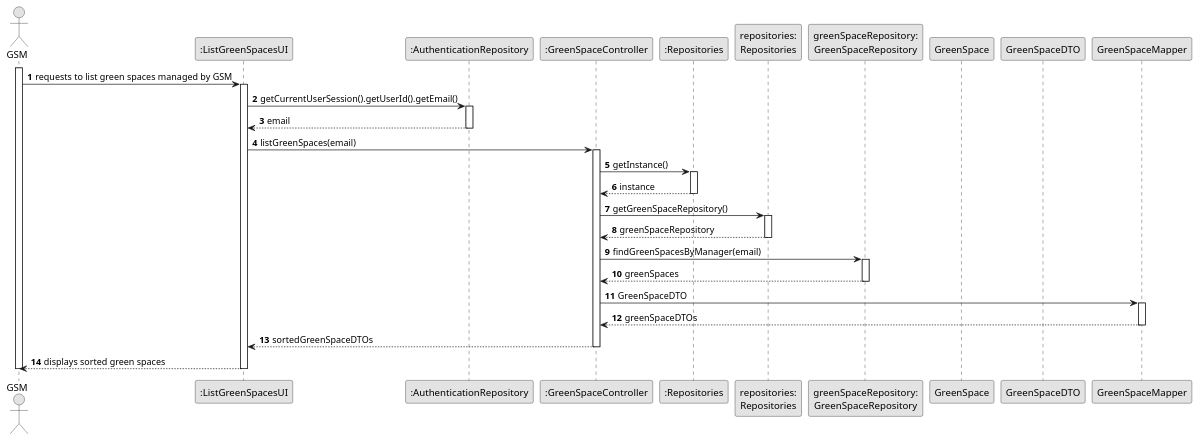
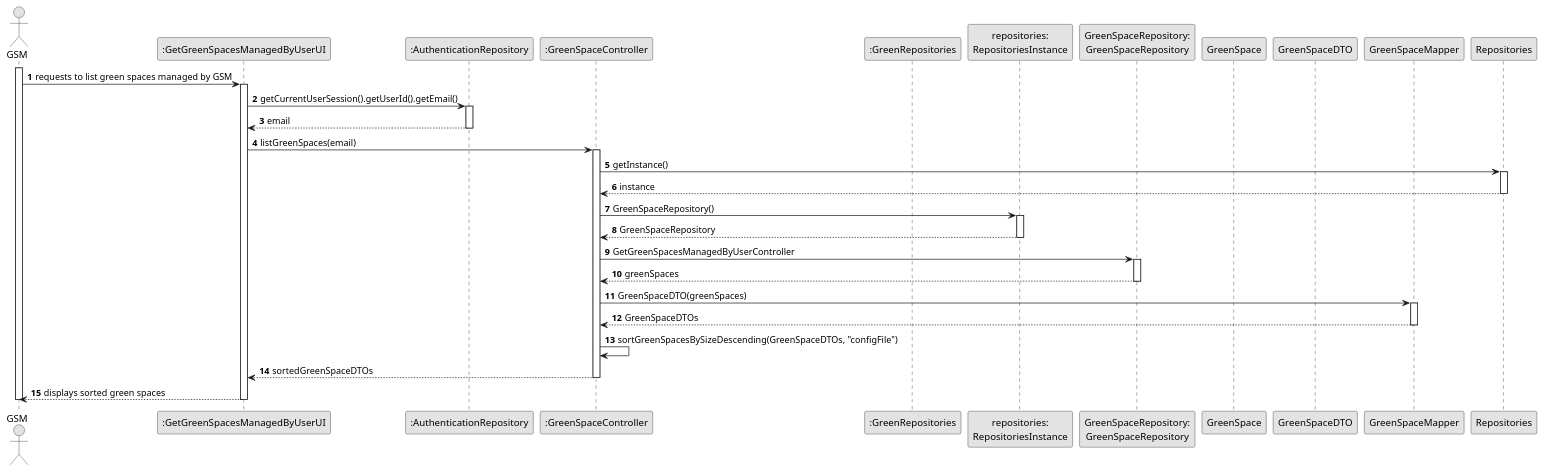
Before and after one commit to Departamento-de-Engenharia-Informatica/lei-24-s2-1dkl-g134: the diagram in docs/sprintC/us027/03.design/puml/us027-sequence-diagram-full.puml, drawn with PlantUML.

Commit message:
US027 Sequence Diagram Full Done

```diff
--- a/docs/sprintC/us027/03.design/puml/us027-sequence-diagram-full.puml
+++ b/docs/sprintC/us027/03.design/puml/us027-sequence-diagram-full.puml
@@ -1,61 +1,62 @@
 @startuml
 skinparam monochrome true
 skinparam packageStyle rectangle
 skinparam shadowing false
 
 autonumber
 
 actor "GSM" as GSM
-participant ":ListGreenSpacesUI" as UI
+participant ":GetGreenSpacesManagedByUserUI" as UI
 participant ":AuthenticationRepository" as AuthenticationRepository
 participant ":GreenSpaceController" as GreenSpaceController
-participant ":Repositories" as Repositories
-participant "repositories:\nRepositories" as RepositoriesInstance
-participant "greenSpaceRepository:\nGreenSpaceRepository" as GreenSpaceRepository
+participant ":GreenRepositories" as GreenSpaceRepositories
+participant "repositories:\nRepositoriesInstance" as RepositoriesInstance
+participant "GreenSpaceRepository:\nGreenSpaceRepository" as GreenSpaceRepository
 participant "GreenSpace" as GreenSpace
 participant "GreenSpaceDTO" as GreenSpaceDTO
 participant "GreenSpaceMapper" as GreenSpaceMapper
 
 activate GSM
 
 GSM -> UI : requests to list green spaces managed by GSM
 
 activate UI
 
 UI -> AuthenticationRepository : getCurrentUserSession().getUserId().getEmail()
 activate AuthenticationRepository
 AuthenticationRepository --> UI : email
 deactivate AuthenticationRepository
 
 UI -> GreenSpaceController : listGreenSpaces(email)
 activate GreenSpaceController
 
 GreenSpaceController -> Repositories : getInstance()
 activate Repositories
 Repositories --> GreenSpaceController : instance
 deactivate Repositories
 
-GreenSpaceController -> RepositoriesInstance : getGreenSpaceRepository()
+GreenSpaceController -> RepositoriesInstance : GreenSpaceRepository()
 activate RepositoriesInstance
-RepositoriesInstance --> GreenSpaceController : greenSpaceRepository
+RepositoriesInstance --> GreenSpaceController : GreenSpaceRepository
 deactivate RepositoriesInstance
 
-GreenSpaceController -> GreenSpaceRepository : findGreenSpacesByManager(email)
+GreenSpaceController -> GreenSpaceRepository : GetGreenSpacesManagedByUserController
 activate GreenSpaceRepository
 GreenSpaceRepository --> GreenSpaceController : greenSpaces
 deactivate GreenSpaceRepository
 
-GreenSpaceController -> GreenSpaceMapper : GreenSpaceDTO
+GreenSpaceController -> GreenSpaceMapper : GreenSpaceDTO(greenSpaces)
 activate GreenSpaceMapper
-GreenSpaceMapper --> GreenSpaceController : greenSpaceDTOs
+GreenSpaceMapper --> GreenSpaceController : GreenSpaceDTOs
 deactivate GreenSpaceMapper
 
+GreenSpaceController -> GreenSpaceController : sortGreenSpacesBySizeDescending(GreenSpaceDTOs, "configFile")
 
 GreenSpaceController --> UI : sortedGreenSpaceDTOs
 deactivate GreenSpaceController
 
 UI --> GSM : displays sorted green spaces
 deactivate UI
 deactivate GSM
 
 @enduml
```
